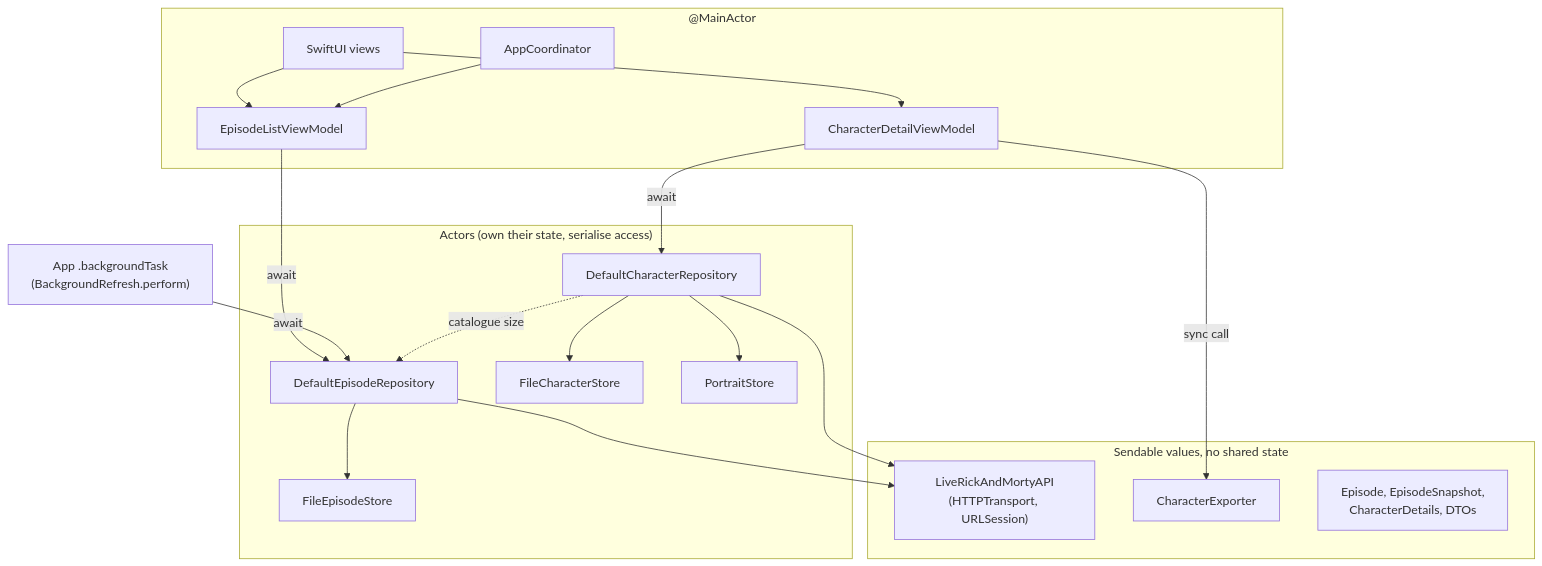
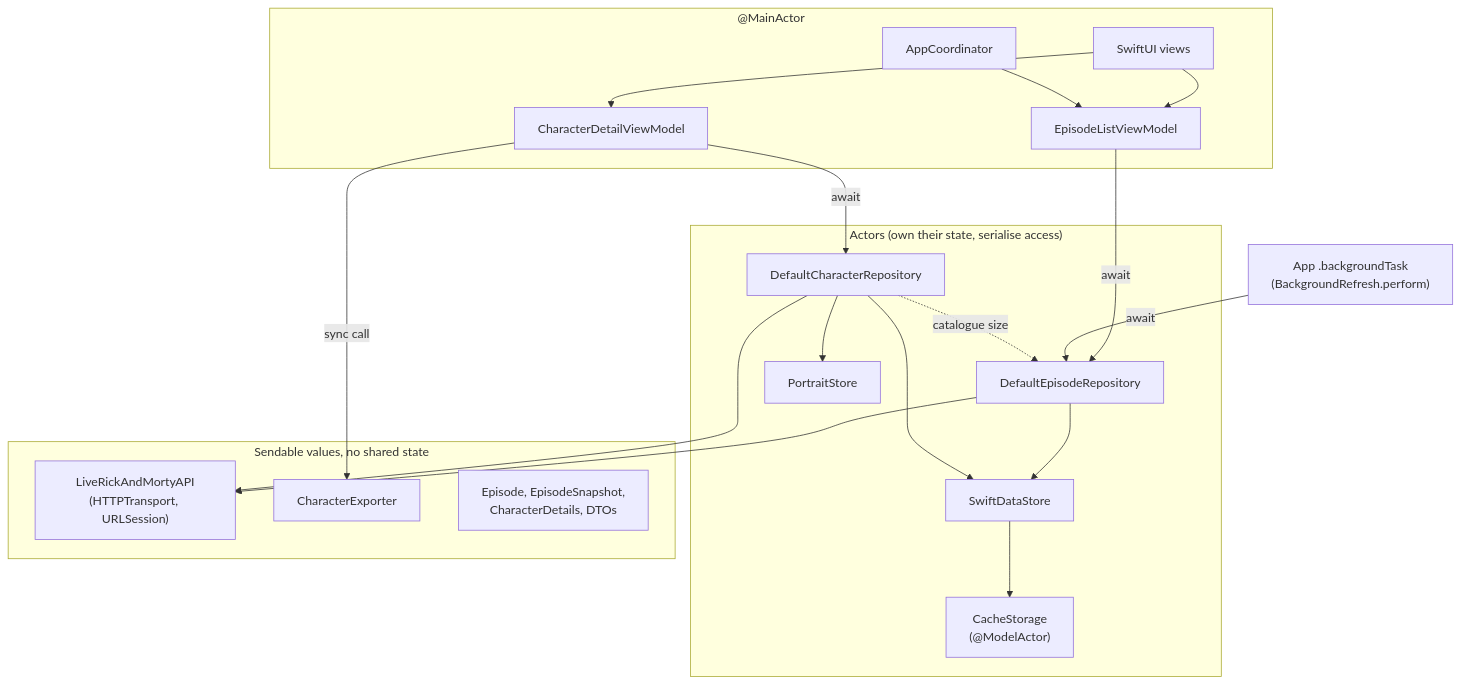
One commit to felixinjapan/rick-and-morty-episodes changed the third of 3 diagrams in docs/design.md. Above: the diagram before and after it, drawn with Mermaid. The commit also changed other lines of this file and 28 other files, not shown here.

First line of the commit message:
feat: replace JSON caches with SwiftData

````diff
--- a/docs/design.md
+++ b/docs/design.md
@@ -47,39 +47,40 @@
 ```mermaid
 flowchart TD
     subgraph Main["@MainActor"]
         Views[SwiftUI views]
         ListVM[EpisodeListViewModel]
         DetailVM[CharacterDetailViewModel]
         Coord[AppCoordinator]
     end
 
     subgraph Actors["Actors (own their state, serialise access)"]
         EpRepo[DefaultEpisodeRepository]
         ChRepo[DefaultCharacterRepository]
-        EpStore[FileEpisodeStore]
-        ChStore[FileCharacterStore]
+        Store[SwiftDataStore]
+        Storage["CacheStorage<br/>(@ModelActor)"]
         Portraits[PortraitStore]
     end
 
     subgraph Values["Sendable values, no shared state"]
         API["LiveRickAndMortyAPI<br/>(HTTPTransport, URLSession)"]
         Exporter[CharacterExporter]
         Types["Episode, EpisodeSnapshot,<br/>CharacterDetails, DTOs"]
     end
 
     BG["App .backgroundTask<br/>(BackgroundRefresh.perform)"]
 
     Views --> ListVM
     Views --> DetailVM
     Coord --> ListVM
     ListVM -- await --> EpRepo
     DetailVM -- await --> ChRepo
     DetailVM -- "sync call" --> Exporter
     BG -- await --> EpRepo
     EpRepo --> API
-    EpRepo --> EpStore
+    EpRepo --> Store
     ChRepo --> API
-    ChRepo --> ChStore
+    ChRepo --> Store
+    Store --> Storage
     ChRepo --> Portraits
     ChRepo -. "catalogue size" .-> EpRepo
 ```
````
